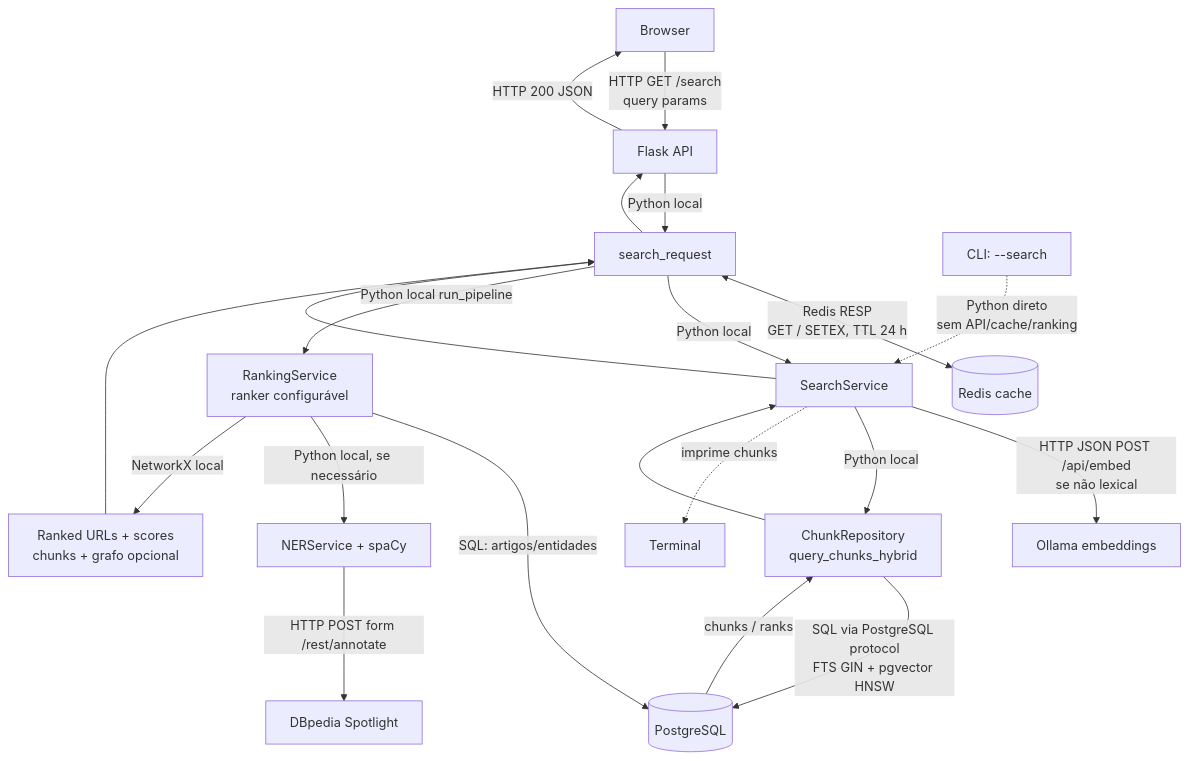
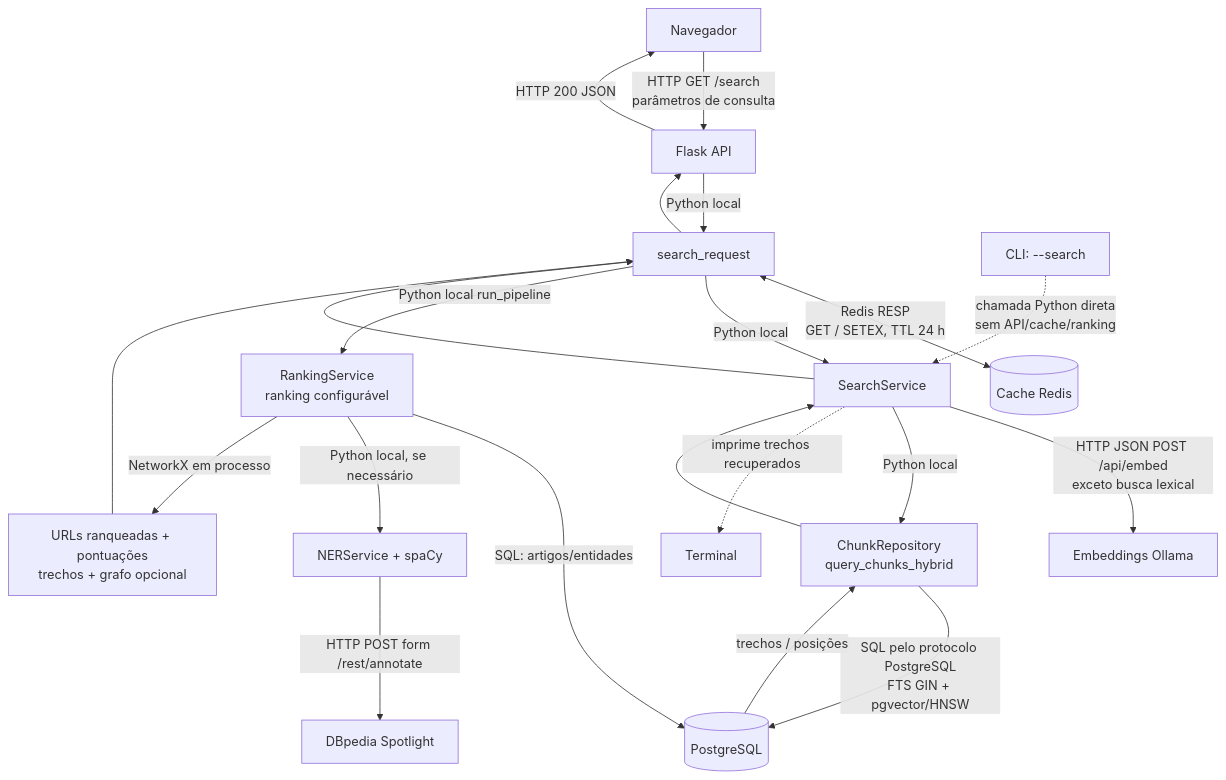
The fifth of 5 diagrams in docs/fluxos_modulos_tecnicos.md (rafaelsalb/tcc), drawn with Mermaid before and after one commit. The commit also changed other lines of this file and 25 other files, not shown here.

````diff
--- a/docs/fluxos_modulos_tecnicos.md
+++ b/docs/fluxos_modulos_tecnicos.md
@@ -158,24 +132,24 @@
 ```mermaid
 flowchart TB
-    browser[Browser] -->|HTTP GET /search<br/>query params| api[Flask API]
+    browser[Navegador] -->|HTTP GET /search<br/>parâmetros de consulta| api[Flask API]
     api -->|Python local| pipeline[search_request]
-    pipeline <-->|Redis RESP<br/>GET / SETEX, TTL 24 h| redis[(Redis cache)]
+    pipeline <-->|Redis RESP<br/>GET / SETEX, TTL 24 h| redis[(Cache Redis)]
     pipeline -->|Python local| search[SearchService]
-    search -->|HTTP JSON POST /api/embed<br/>se não lexical| ollama[Ollama embeddings]
+    search -->|HTTP JSON POST /api/embed<br/>exceto busca lexical| ollama[Embeddings Ollama]
     search -->|Python local| repo[ChunkRepository<br/>query_chunks_hybrid]
-    repo -->|SQL via PostgreSQL protocol<br/>FTS GIN + pgvector HNSW| postgres[(PostgreSQL)]
-    postgres -->|chunks / ranks| repo
+    repo -->|SQL pelo protocolo PostgreSQL<br/>FTS GIN + pgvector/HNSW| postgres[(PostgreSQL)]
+    postgres -->|trechos / posições| repo
     repo --> search
     search --> pipeline
-    pipeline -->|Python local run_pipeline| ranker[RankingService<br/>ranker configurável]
+    pipeline -->|Python local run_pipeline| ranker[RankingService<br/>ranking configurável]
     ranker -->|SQL: artigos/entidades| postgres
     ranker -->|Python local, se necessário| ner[NERService + spaCy]
     ner -->|HTTP POST form /rest/annotate| spotlight[DBpedia Spotlight]
-    ranker -->|NetworkX local| results[Ranked URLs + scores<br/>chunks + grafo opcional]
+    ranker -->|NetworkX em processo| results[URLs ranqueadas + pontuações<br/>trechos + grafo opcional]
     results --> pipeline
     pipeline --> api
     api -->|HTTP 200 JSON| browser
 
-    cli[CLI: --search] -.->|Python direto<br/>sem API/cache/ranking| search
-    search -.->|imprime chunks| terminal[Terminal]
+    cli[CLI: --search] -.->|chamada Python direta<br/>sem API/cache/ranking| search
+    search -.->|imprime trechos recuperados| terminal[Terminal]
 ```
````
